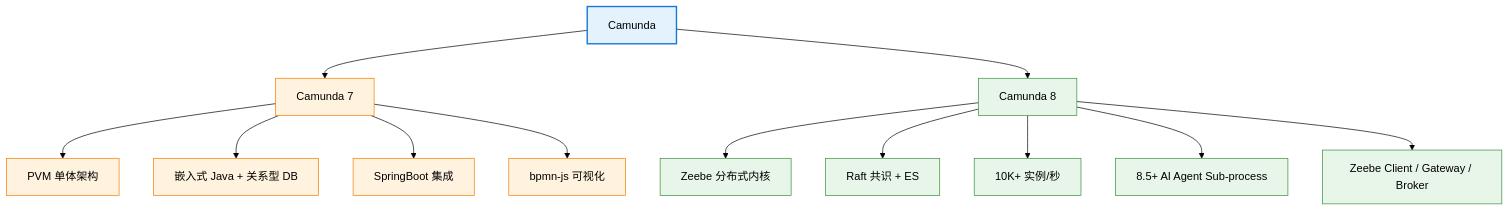
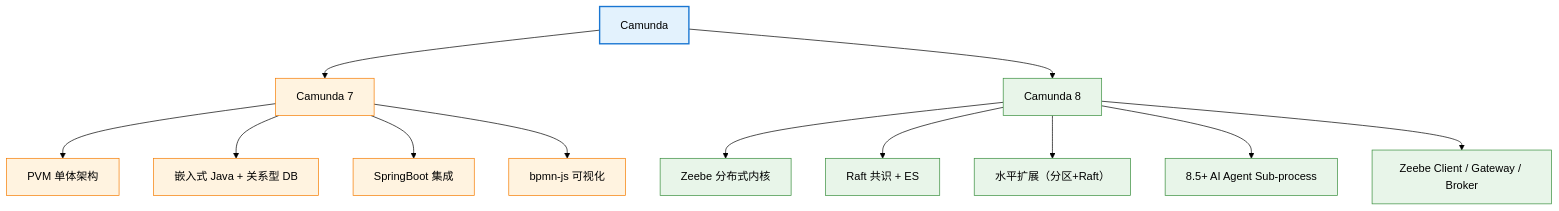
One commit to wb04307201/note changed the diagram in 07.devops-and-tools/02-workflow/process-engine/camunda/README.md. Above: the diagram before and after it, drawn with Mermaid (forest theme). The commit also changed other lines of this file and 62 other files, not shown here.

````diff
--- a/07.devops-and-tools/02-workflow/process-engine/camunda/README.md
+++ b/07.devops-and-tools/02-workflow/process-engine/camunda/README.md
@@ -35,23 +35,23 @@
 ```mermaid
 graph TB
     A[Camunda] --> B[Camunda 7]
     A --> C[Camunda 8]
 
     B --> B1[PVM 单体架构]
     B --> B2[嵌入式 Java + 关系型 DB]
     B --> B3[SpringBoot 集成]
     B --> B4[bpmn-js 可视化]
 
     C --> C1[Zeebe 分布式内核]
     C --> C2[Raft 共识 + ES]
-    C --> C3[10K+ 实例/秒]
+    C --> C3[水平扩展（分区+Raft）]
     C --> C4[8.5+ AI Agent Sub-process]
     C --> C5[Zeebe Client / Gateway / Broker]
 
     classDef root fill:#e3f2fd,stroke:#1976d2,stroke-width:2px
     classDef v7 fill:#fff3e0,stroke:#f57c00
     classDef v8 fill:#e8f5e9,stroke:#388e3c
     class A root
     class B,B1,B2,B3,B4 v7
     class C,C1,C2,C3,C4,C5 v8
 ```
````
